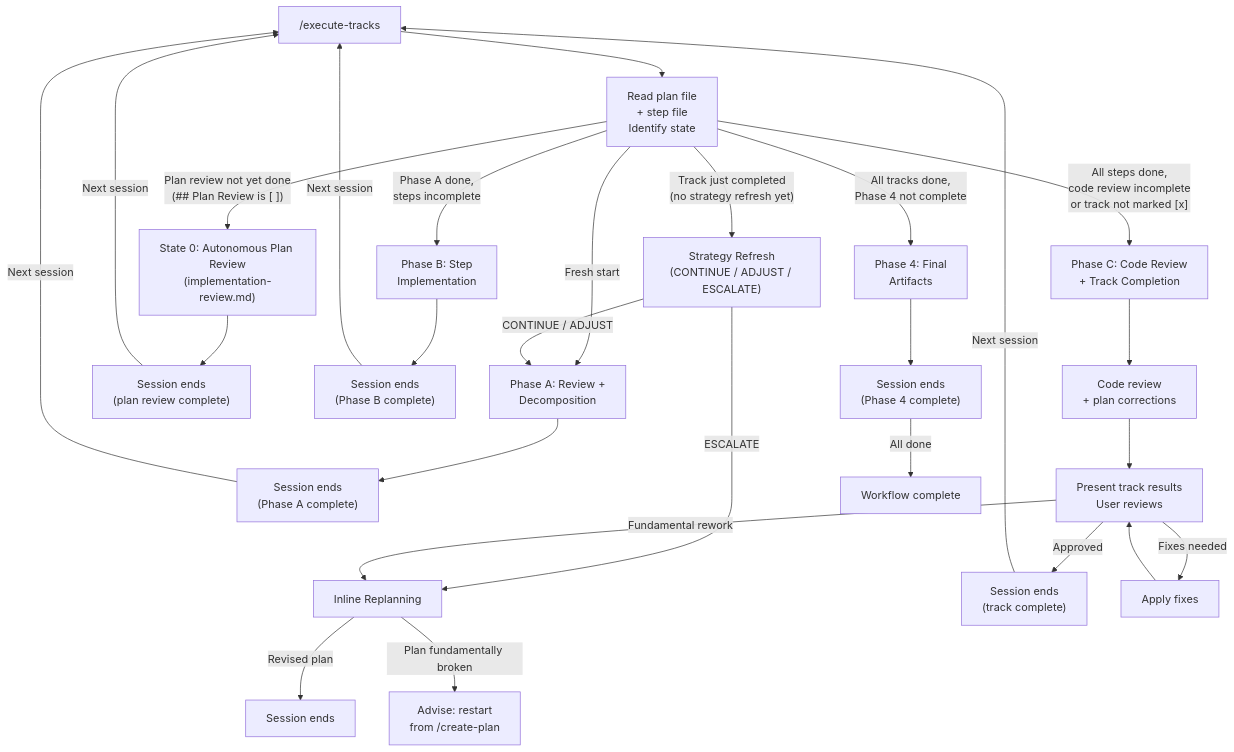
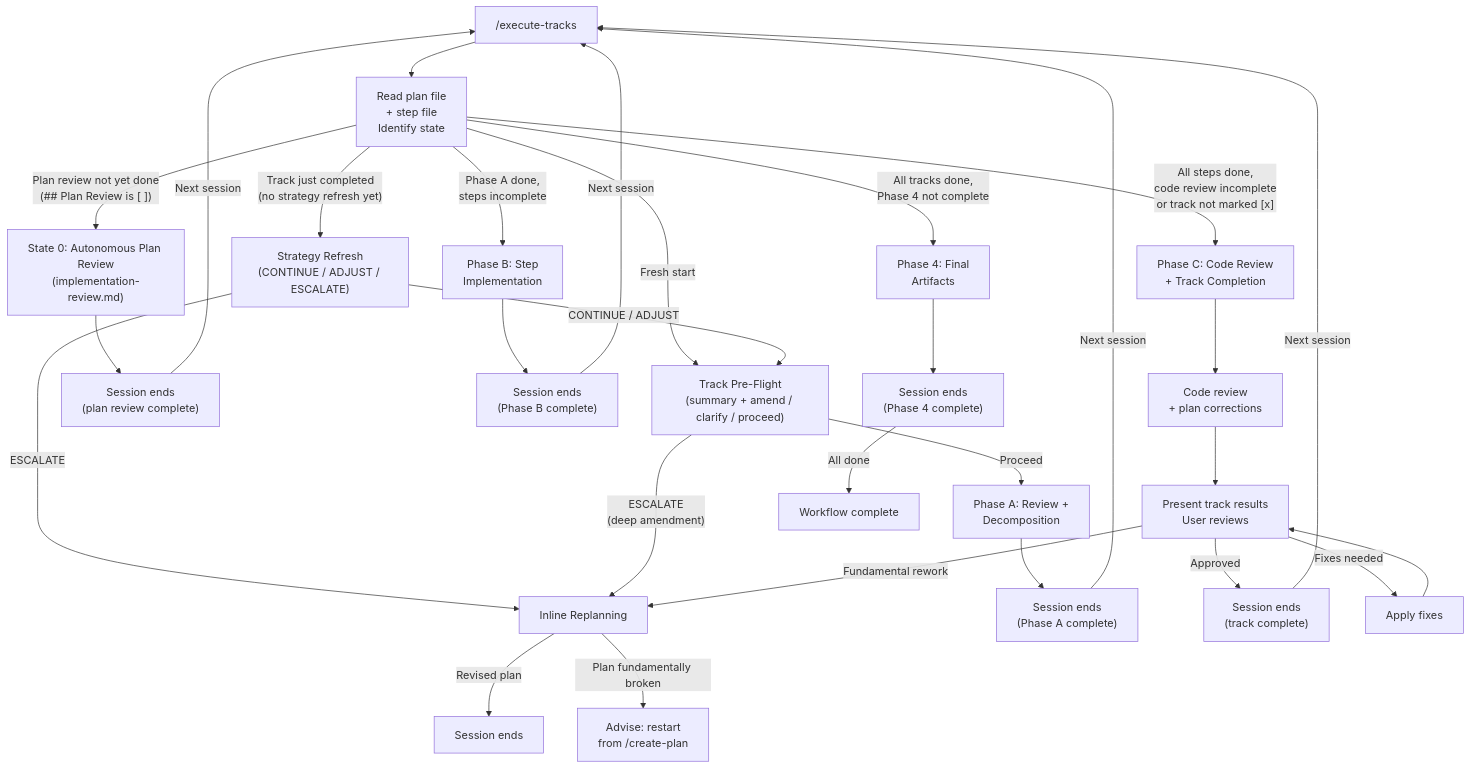
One commit to JetBrains/youtrackdb changed the diagram in .claude/workflow/workflow.md. Above: the diagram before and after it, drawn with Mermaid. The commit also changed other lines of this file and 4 other files, not shown here.

First line of the commit message:
Add Track Pre-Flight gate before Phase A reviews

````diff
--- a/.claude/workflow/workflow.md
+++ b/.claude/workflow/workflow.md
@@ -69,38 +69,40 @@
 ```mermaid
 flowchart TD
     START["/execute-tracks"]
     READ["Read plan file\n+ step file\nIdentify state"]
 
     START --> READ
 
     READ -->|"Plan review not yet done\n(## Plan Review is [ ])"| P2["State 0: Autonomous Plan Review\n(implementation-review.md)"]
     READ -->|"Track just completed\n(no strategy refresh yet)"| SR["Strategy Refresh\n(CONTINUE / ADJUST / ESCALATE)"]
-    READ -->|"Fresh start"| PA["Phase A: Review +\nDecomposition"]
+    READ -->|"Fresh start"| PREFLIGHT["Track Pre-Flight\n(summary + amend / clarify / proceed)"]
     READ -->|"Phase A done,\nsteps incomplete"| PB["Phase B: Step\nImplementation"]
     READ -->|"All steps done,\ncode review incomplete\nor track not marked [x]"| PC["Phase C: Code Review\n+ Track Completion"]
     READ -->|"All tracks done,\nPhase 4 not complete"| P4["Phase 4: Final\nArtifacts"]
 
     P2 --> END_P2["Session ends\n(plan review complete)"]
-    SR -->|CONTINUE / ADJUST| PA
+    SR -->|CONTINUE / ADJUST| PREFLIGHT
     SR -->|ESCALATE| REPLAN["Inline Replanning"]
+    PREFLIGHT -->|Proceed| PA["Phase A: Review +\nDecomposition"]
+    PREFLIGHT -->|"ESCALATE\n(deep amendment)"| REPLAN
 
     REPLAN -->|"Revised plan"| END_S["Session ends"]
     REPLAN -->|"Plan fundamentally broken"| EXIT_P1["Advise: restart\nfrom /create-plan"]
 
     PA --> END_A["Session ends\n(Phase A complete)"]
     PB --> END_B["Session ends\n(Phase B complete)"]
 
     PC --> REVIEW["Code review\n+ plan corrections"]
     REVIEW --> PRESENT["Present track results\nUser reviews"]
     PRESENT -->|Approved| END_TRACK["Session ends\n(track complete)"]
     PRESENT -->|"Fixes needed"| FIX["Apply fixes"] --> PRESENT
     PRESENT -->|"Fundamental rework"| REPLAN
 
     P4 --> END_P4["Session ends\n(Phase 4 complete)"]
 
     END_P2 -->|"Next session"| START
     END_A -->|"Next session"| START
     END_B -->|"Next session"| START
     END_TRACK -->|"Next session"| START
     END_P4 -->|"All done"| DONE["Workflow complete"]
 ```
````
